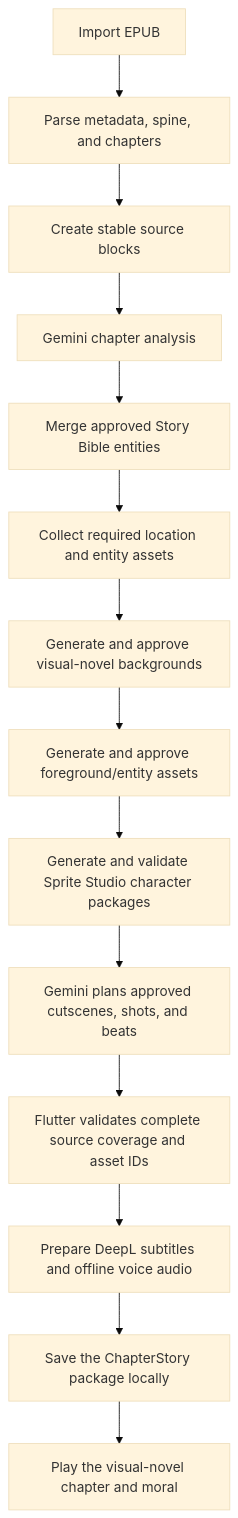
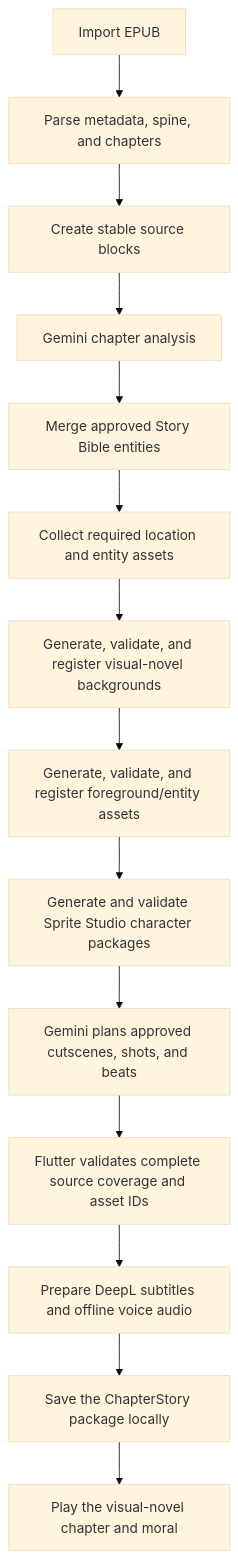
One commit to Jbeloz/StoryTale changed the diagram in docs/ROADMAP.md. Above: the diagram before and after it, drawn with Mermaid (base theme). The commit also changed other lines of this file and 29 other files, not shown here.

````diff
--- a/docs/ROADMAP.md
+++ b/docs/ROADMAP.md
@@ -33,16 +33,16 @@
 ```mermaid
 flowchart TD
     A["Import EPUB"] --> B["Parse metadata, spine, and chapters"]
     B --> C["Create stable source blocks"]
     C --> D["Gemini chapter analysis"]
     D --> E["Merge approved Story Bible entities"]
     E --> F["Collect required location and entity assets"]
-    F --> G["Generate and approve visual-novel backgrounds"]
-    G --> H["Generate and approve foreground/entity assets"]
+    F --> G["Generate, validate, and register visual-novel backgrounds"]
+    G --> H["Generate, validate, and register foreground/entity assets"]
     H --> I["Generate and validate Sprite Studio character packages"]
     I --> J["Gemini plans approved cutscenes, shots, and beats"]
     J --> K["Flutter validates complete source coverage and asset IDs"]
     K --> L["Prepare DeepL subtitles and offline voice audio"]
     L --> M["Save the ChapterStory package locally"]
     M --> N["Play the visual-novel chapter and moral"]
 ```
````
